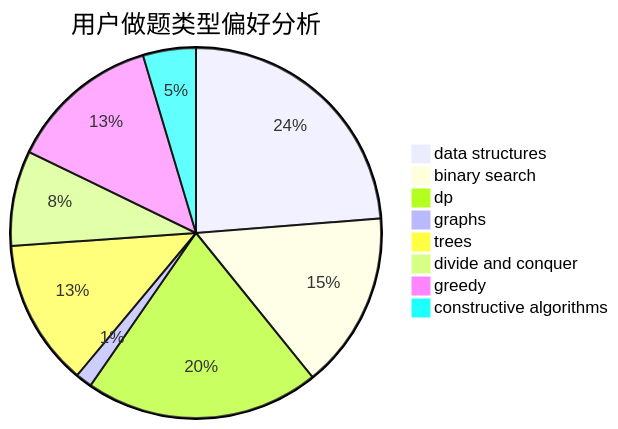
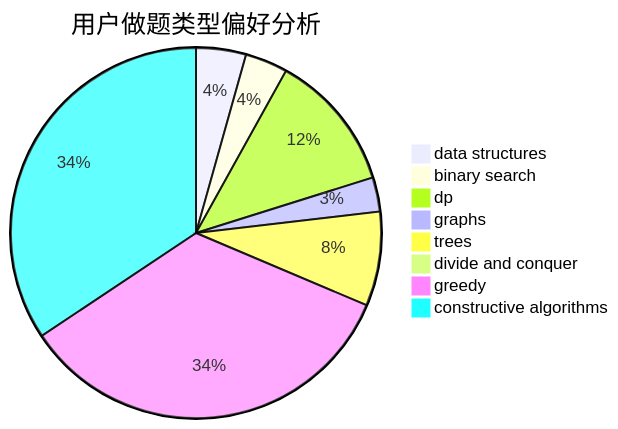
Before and after one commit to sherpahu/cfrs.github.io: the second of 3 diagrams in docs/user/u1033.md, drawn with Mermaid. The commit also changed other lines of this file and 2770 other files, not shown here.

````diff
--- a/docs/user/u1033.md
+++ b/docs/user/u1033.md
@@ -23,11 +23,11 @@
 ```mermaid
 pie title 用户做题类型偏好分析
-    "data structures" :  180
-    "binary search" :  117
-    "dp" :  155
-    "graphs" :  11
-    "trees" :  97
-    "divide and conquer" :  63
-    "greedy" :  100
-    "constructive algorithms" :  35
+    "data structures" :  54
+    "binary search" :  46
+    "dp" :  150
+    "graphs" :  37
+    "trees" :  102
+    "divide and conquer" :  0
+    "greedy" :  425
+    "constructive algorithms" :  426
 ```
````
